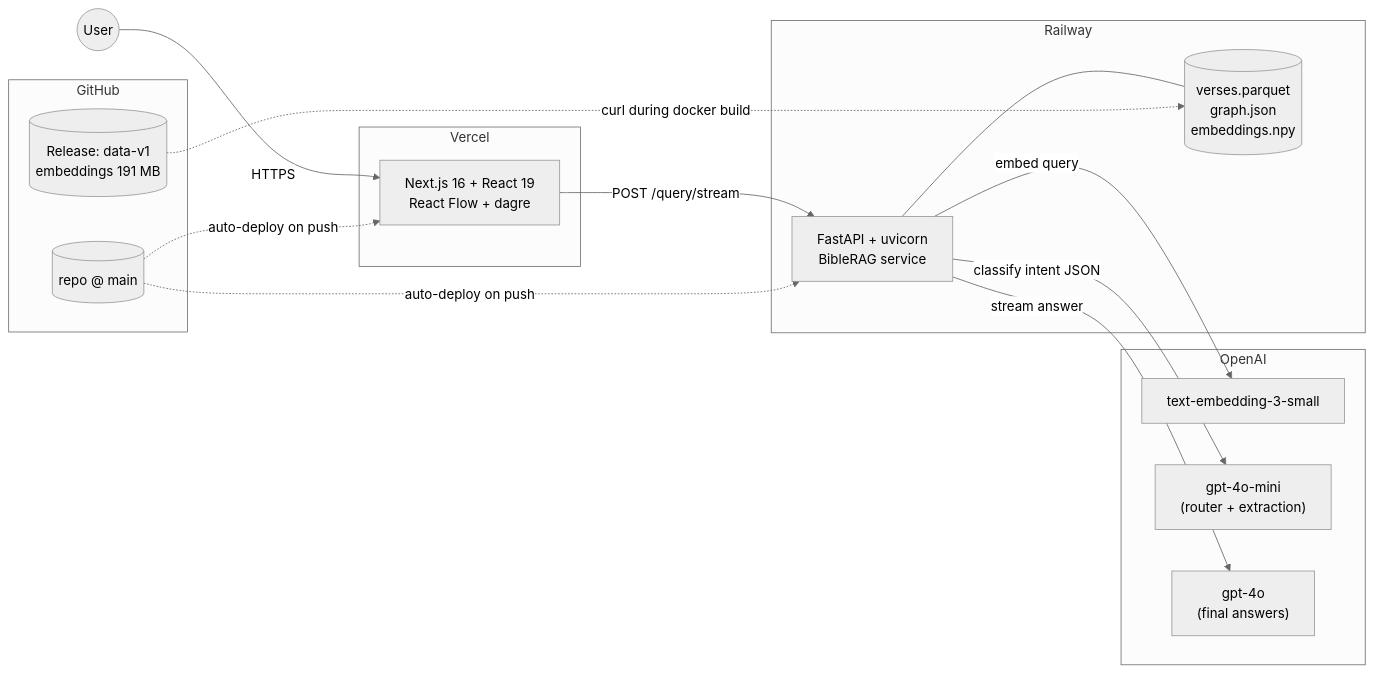
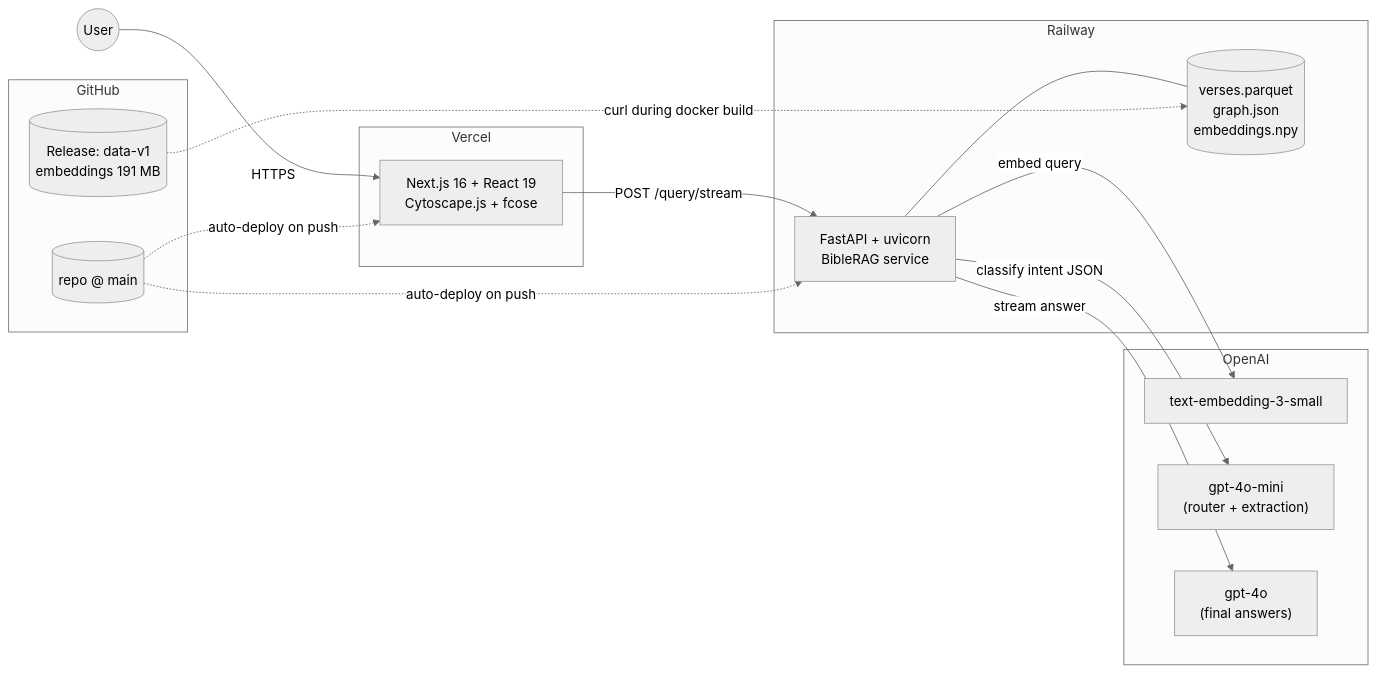
Before and after one commit to yongjinjiang/kjv-graphrag-chat: the first of 3 diagrams in README.md, drawn with Mermaid (neutral theme). The commit also changed other lines of this file and 3 other files, not shown here.

First line of the commit message:
Swap React Flow + dagre for Cytoscape.js + fcose

````diff
--- a/README.md
+++ b/README.md
@@ -34,35 +34,35 @@
 ```mermaid
 flowchart LR
     User((User))
 
     subgraph Vercel
-        UI["Next.js 16 + React 19<br/>React Flow + dagre"]
+        UI["Next.js 16 + React 19<br/>Cytoscape.js + fcose"]
     end
 
     subgraph Railway
         API["FastAPI + uvicorn<br/>BibleRAG service"]
         Data[("verses.parquet<br/>graph.json<br/>embeddings.npy")]
         API --- Data
     end
 
     subgraph GH["GitHub"]
         Repo[("repo @ main")]
         Release[("Release: data-v1<br/>embeddings 191 MB")]
     end
 
     subgraph OpenAI
         Embed["text-embedding-3-small"]
         Router["gpt-4o-mini<br/>(router + extraction)"]
         Answer["gpt-4o<br/>(final answers)"]
     end
 
     User -->|HTTPS| UI
     UI -->|POST /query/stream| API
     API -->|embed query| Embed
     API -->|classify intent JSON| Router
     API -->|stream answer| Answer
 
     Repo -. auto-deploy on push .-> UI
     Repo -. auto-deploy on push .-> API
     Release -. curl during docker build .-> Data
 ```
````
